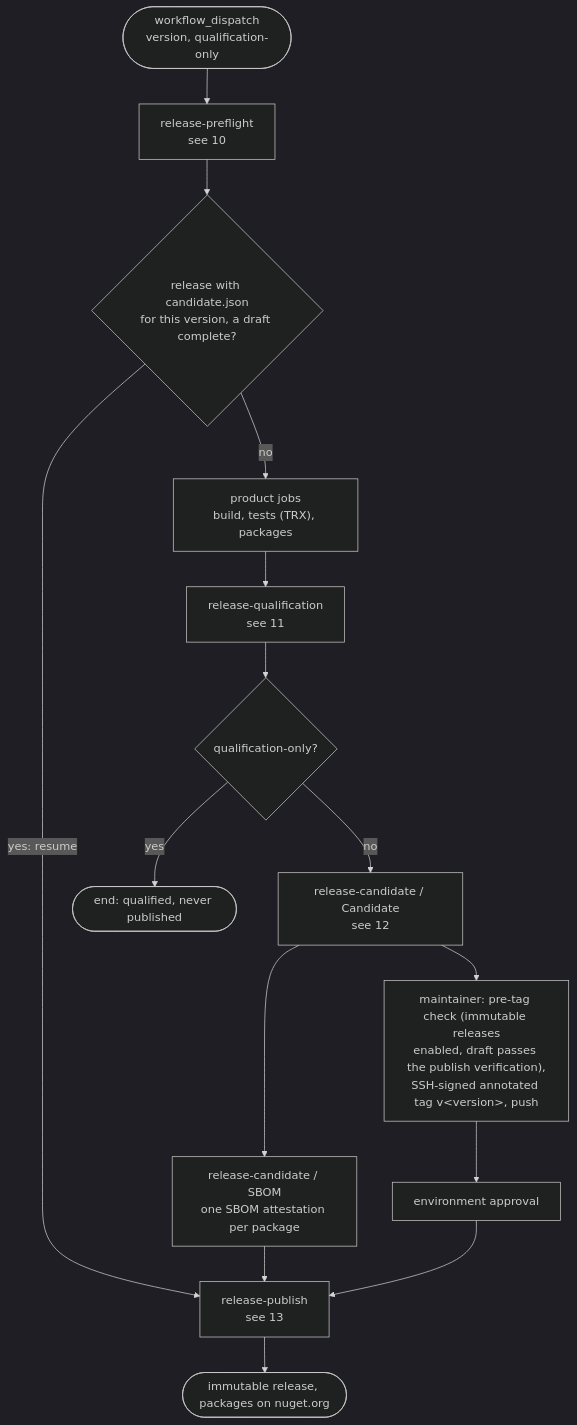
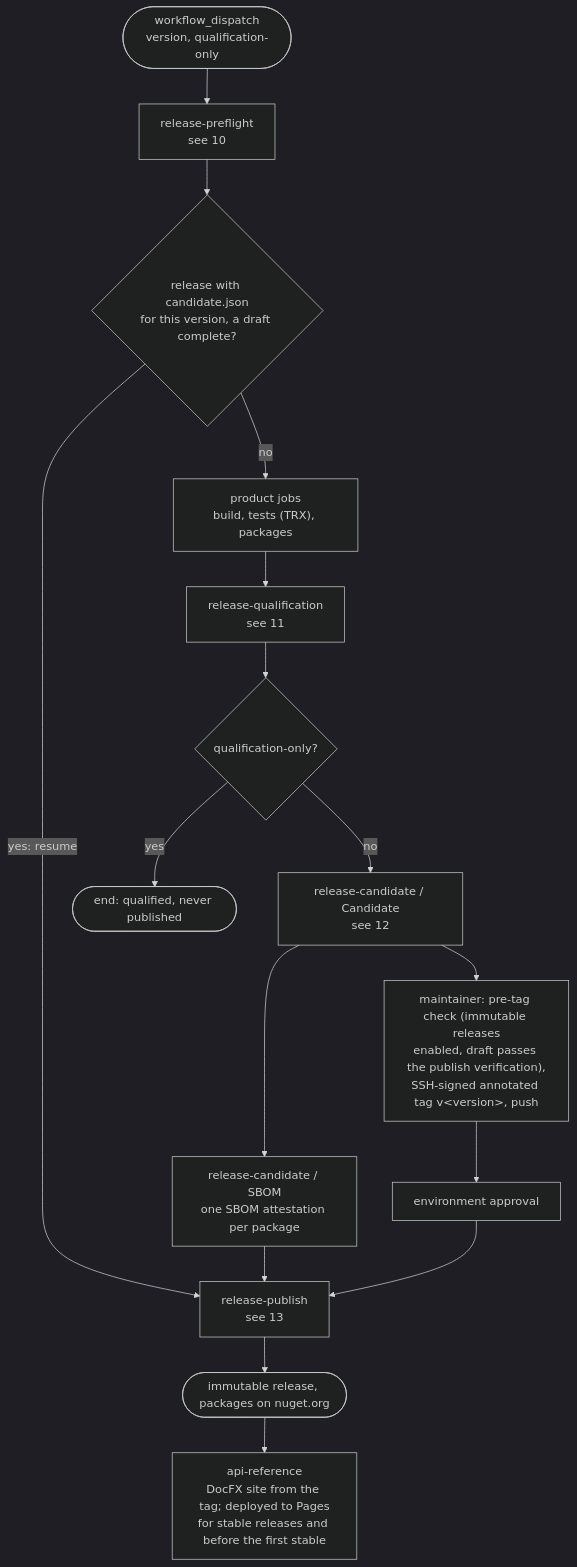
The ninth of 19 diagrams in docs/overview.md (doka-labs/workflows), drawn with Mermaid (dark theme) before and after one commit. The commit also changed other lines of this file and 15 other files, not shown here.

First line of the commit message:
feat(release): publish the API reference and check the architecture (#11)

````diff
--- a/docs/overview.md
+++ b/docs/overview.md
@@ -263,17 +267,18 @@
 ```mermaid
 flowchart TB
   start(["workflow_dispatch<br/>version, qualification-only"]) --> pre["release-preflight<br/>see 10"]
   pre --> resume{"release with candidate.json<br/>for this version, a draft complete?"}
   resume -- "yes: resume" --> publish
   resume -- no --> build["product jobs<br/>build, tests (TRX), packages"]
   build --> qual["release-qualification<br/>see 11"]
   qual --> only{"qualification-only?"}
   only -- yes --> done1(["end: qualified, never published"])
   only -- no --> cand["release-candidate / Candidate<br/>see 12"]
   cand --> sbom["release-candidate / SBOM<br/>one SBOM attestation per package"]
   cand --> tag["maintainer: pre-tag check (immutable releases<br/>enabled, draft passes the publish verification),<br/>SSH-signed annotated tag v&lt;version&gt;, push"]
   tag --> approve["environment approval"]
   sbom --> publish
   approve --> publish["release-publish<br/>see 13"]
   publish --> done2(["immutable release, packages on nuget.org"])
+  done2 --> site["api-reference<br/>DocFX site from the tag; deployed to Pages<br/>for stable releases and before the first stable"]
 ```
````
